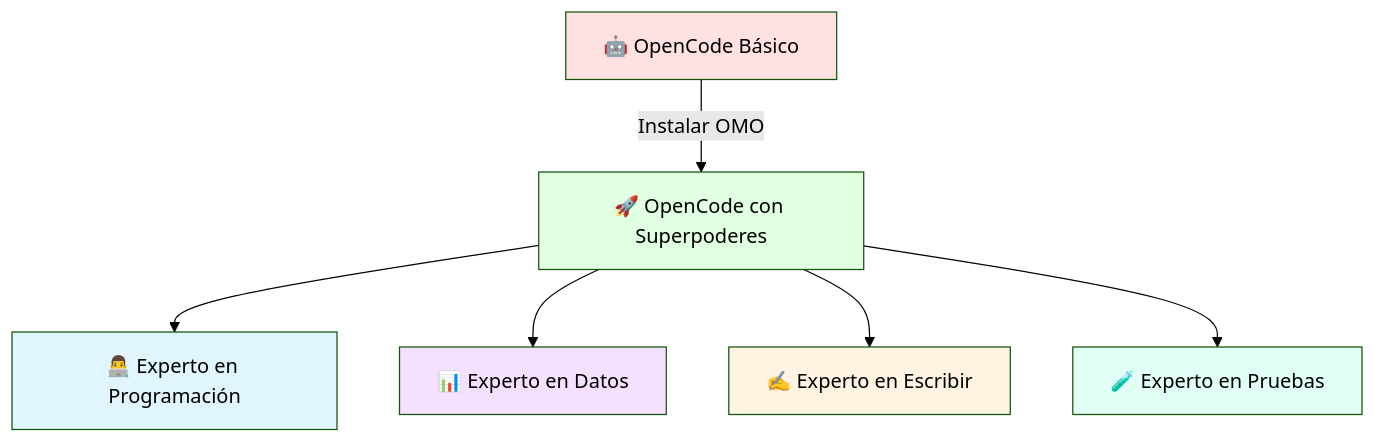
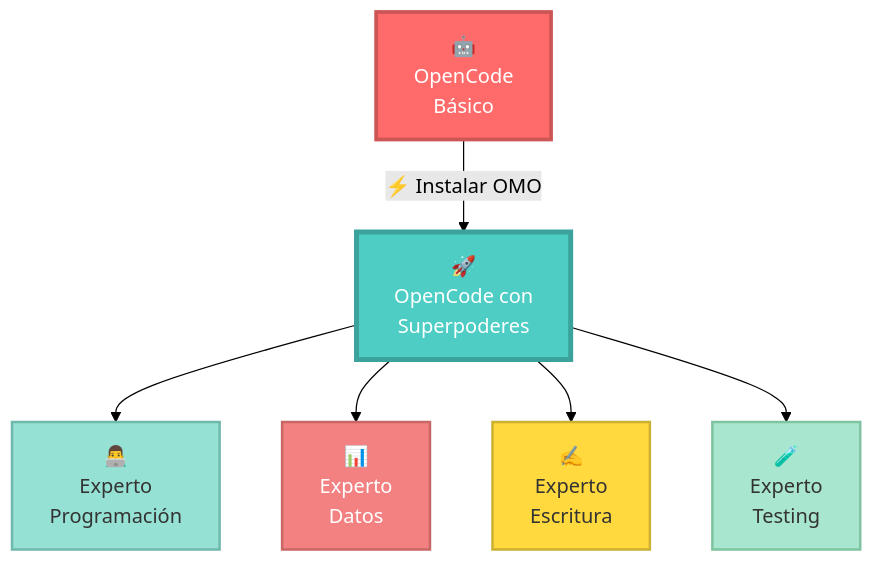
Before and after one commit to Ai-Whisperers/Courses-Content: the second of 12 diagrams in courses/🟡-development/FPUNA-2026/00-FUNDAMENTOS-PRINCIPALES/01-configuracion-stack-ia.md, drawn with Mermaid (forest theme). The commit also changed other lines of this file, not shown here.

First line of the commit message:
Replace Claude/Anthropic with OpenCode+Zen and improve all Mermaid diagrams

````diff
--- a/courses/🟡-development/FPUNA-2026/00-FUNDAMENTOS-PRINCIPALES/01-configuracion-stack-ia.md
+++ b/courses/🟡-development/FPUNA-2026/00-FUNDAMENTOS-PRINCIPALES/01-configuracion-stack-ia.md
@@ -57,15 +57,15 @@
 ```mermaid
 graph TD
-    A[🤖 OpenCode Básico] -->|Instalar OMO| B[🚀 OpenCode con Superpoderes]
-    B --> C[👨‍💻 Experto en Programación]
-    B --> D[📊 Experto en Datos]
-    B --> E[✍️ Experto en Escribir]
-    B --> F[🧪 Experto en Pruebas]
+    A["🤖<br/>OpenCode<br/>Básico"] -->|"⚡ Instalar OMO"| B["🚀<br/>OpenCode con<br/>Superpoderes"]
+    B --> C["👨‍💻<br/>Experto<br/>Programación"]
+    B --> D["📊<br/>Experto<br/>Datos"]
+    B --> E["✍️<br/>Experto<br/>Escritura"]
+    B --> F["🧪<br/>Experto<br/>Testing"]
     
-    style A fill:#ffe1e1
-    style B fill:#e1ffe1
-    style C fill:#e1f5ff
-    style D fill:#f5e1ff
-    style E fill:#fff4e1
-    style F fill:#e1fff4
+    style A fill:#FF6B6B,stroke:#CC5555,stroke-width:3px,color:#fff
+    style B fill:#4ECDC4,stroke:#3BA39C,stroke-width:4px,color:#fff
+    style C fill:#95E1D3,stroke:#6FB8AC,stroke-width:2px,color:#333
+    style D fill:#F38181,stroke:#C96666,stroke-width:2px,color:#fff
+    style E fill:#FFD93D,stroke:#CCB031,stroke-width:2px,color:#333
+    style F fill:#A8E6CF,stroke:#7FC4A0,stroke-width:2px,color:#333
 ```
````
